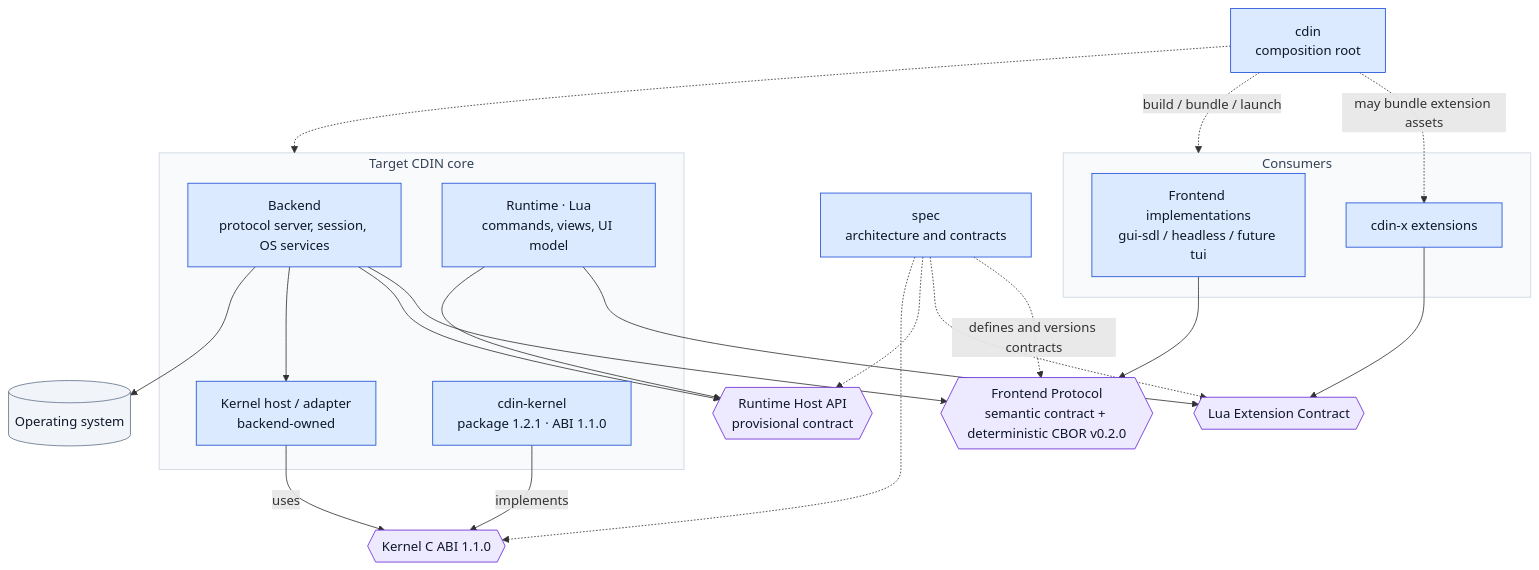
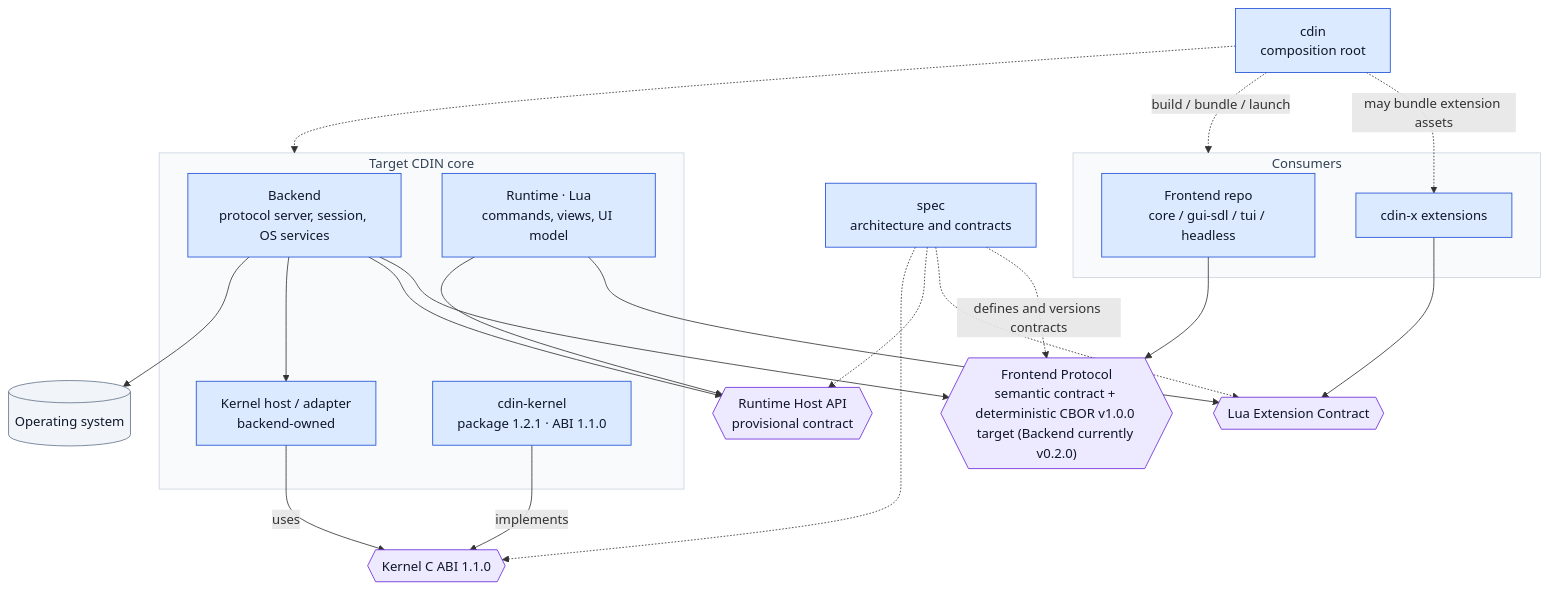
The diagram in docs/architecture/module-boundaries.md (cdin-editor/spec), drawn with Mermaid before and after one commit. The commit also changed other lines of this file and 45 other files, not shown here.

First line of the commit message:
docs(spec): synchronize Kernel contract and finalize Frontend architecture

````diff
--- a/docs/architecture/module-boundaries.md
+++ b/docs/architecture/module-boundaries.md
@@ -9,51 +9,51 @@
 ```mermaid
 flowchart TB
     ROOT["cdin<br/>composition root"]
     SPEC["spec<br/>architecture and contracts"]
 
     subgraph CONSUMERS["Consumers"]
-        FE["Frontend implementations<br/>gui-sdl / headless / future tui"]
+        FE["Frontend repo<br/>core / gui-sdl / tui / headless"]
         X["cdin-x extensions"]
     end
 
-    FP{{"Frontend Protocol<br/>semantic contract + deterministic CBOR v0.2.0"}}
+    FP{{"Frontend Protocol<br/>semantic contract + deterministic CBOR v1.0.0 target (Backend currently v0.2.0)"}}
     EXT{{"Lua Extension Contract"}}
     RHA{{"Runtime Host API<br/>provisional contract"}}
     ABI{{"Kernel C ABI 1.1.0"}}
 
     subgraph CORE["Target CDIN core"]
         BE["Backend<br/>protocol server, session, OS services"]
         RT["Runtime · Lua<br/>commands, views, UI model"]
         KH["Kernel host / adapter<br/>backend-owned"]
         K["cdin-kernel<br/>package 1.2.1 · ABI 1.1.0"]
     end
     OS[("Operating system")]
 
     FE --> FP
     BE --> FP
     X --> EXT
     RT --> EXT
     RT --> RHA
     BE --> RHA
     BE --> KH
     KH -- "uses" --> ABI
     K -- "implements" --> ABI
     BE --> OS
 
     ROOT -. "build / bundle / launch" .-> CONSUMERS
     ROOT -.-> CORE
     ROOT -. "may bundle extension assets" .-> X
     SPEC -. "defines and versions contracts" .-> FP
     SPEC -.-> EXT
     SPEC -.-> RHA
     SPEC -.-> ABI
 
     classDef comp fill:#dbeafe,stroke:#1d4ed8,color:#0f172a
     classDef contract fill:#ede9fe,stroke:#6d28d9,color:#0f172a
     classDef external fill:#f1f5f9,stroke:#64748b,color:#0f172a
     classDef group fill:#f8fafc,stroke:#cbd5e1,color:#334155
     class ROOT,SPEC,FE,X,BE,RT,KH,K comp
     class FP,EXT,RHA,ABI contract
     class OS external
     class CORE,CONSUMERS group
 ```
````
